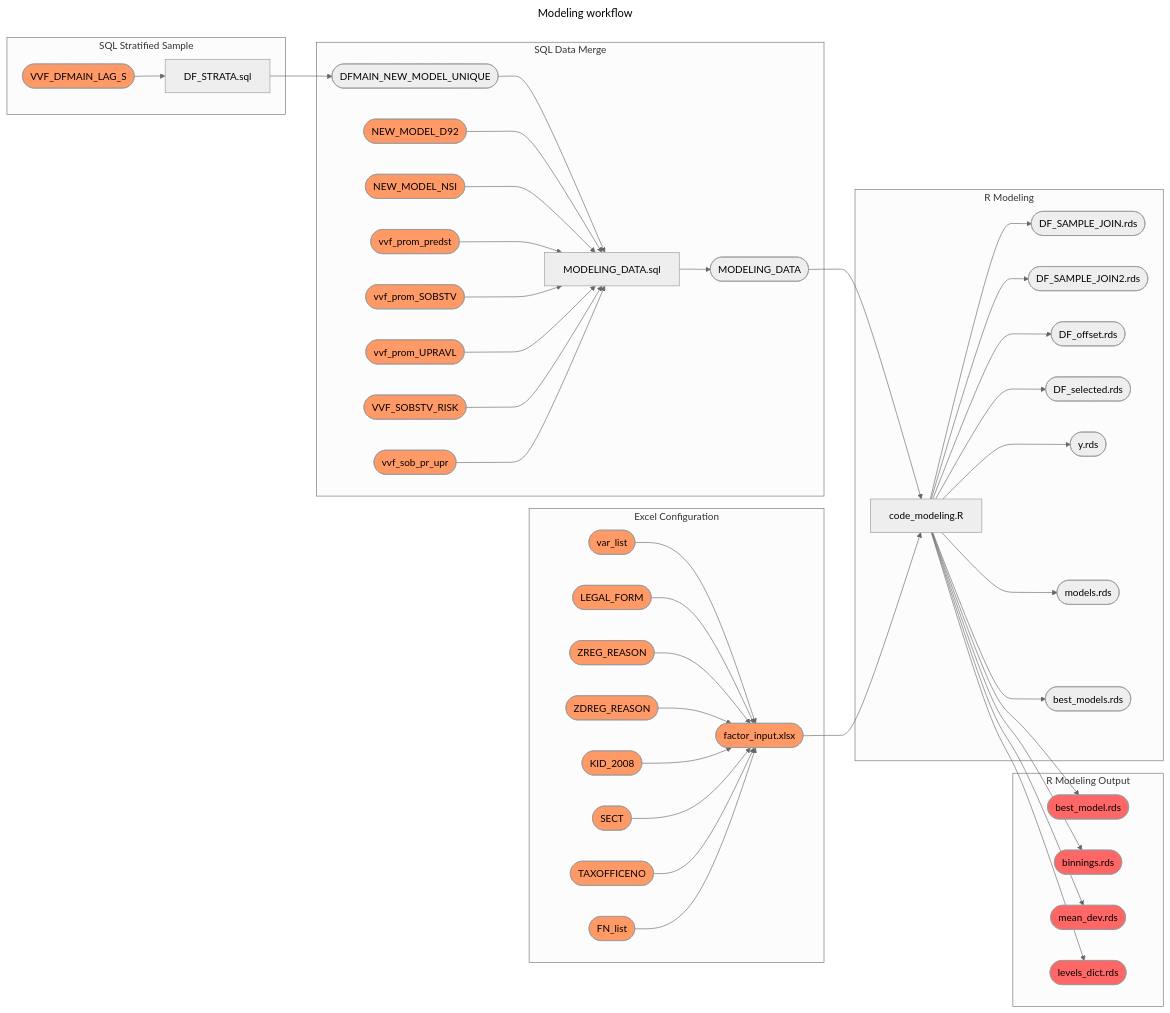
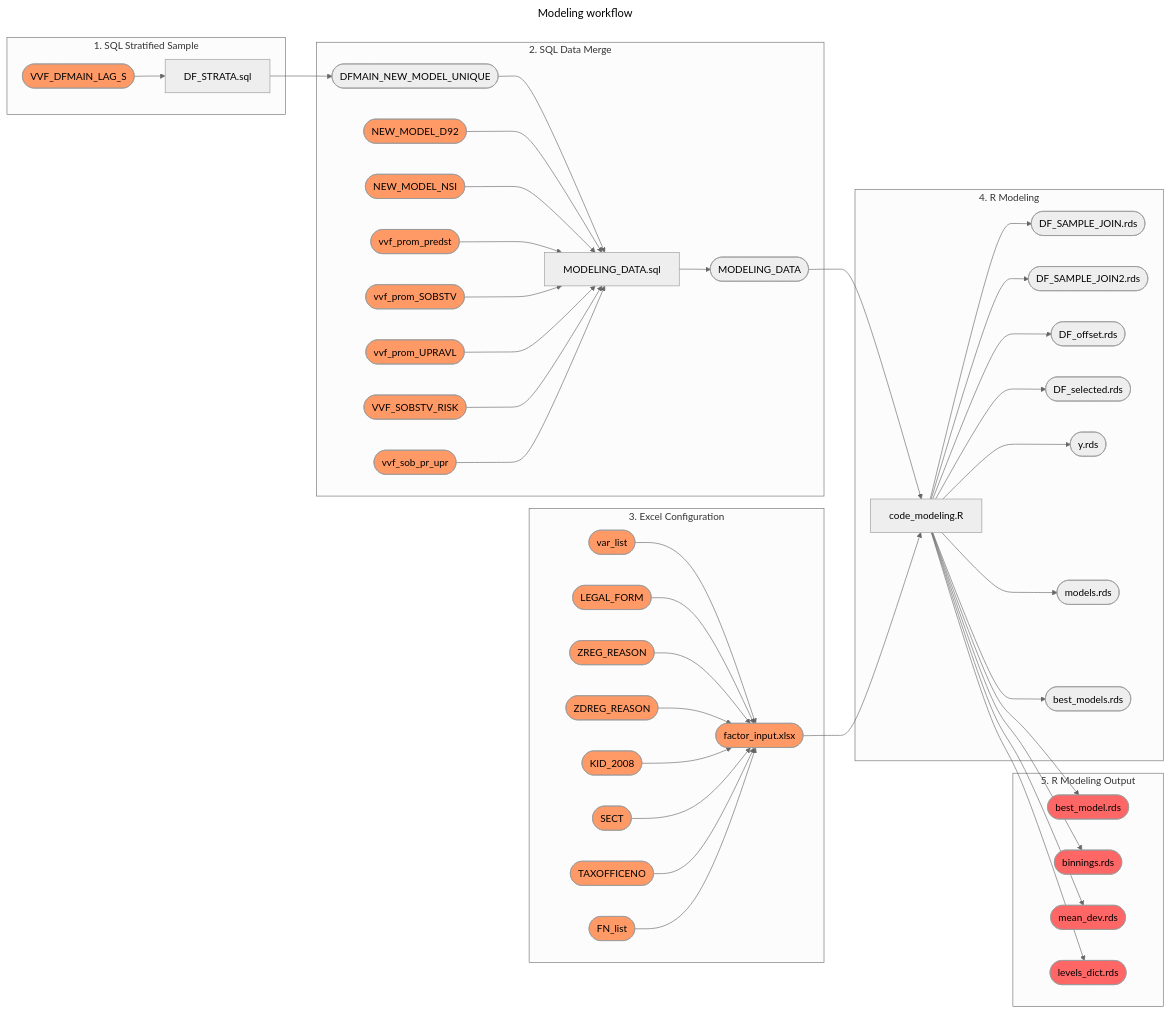
Before and after one commit to angel-marchev/case-cold-start-modeling: the second of 3 diagrams in user-manual.md, drawn with Mermaid (neutral theme). The commit also changed other lines of this file, not shown here.

````diff
--- a/user-manual.md
+++ b/user-manual.md
@@ -1,61 +14,61 @@
 ```mermaid
 ---
 title: Modeling workflow
 ---
 flowchart LR;
 
-subgraph sql_stratified["SQL Stratified Sample"]
+subgraph sql_stratified["1. SQL Stratified Sample"];
     input_data([VVF_DFMAIN_LAG_S])-->strata[DF_STRATA.sql];
     class input_data,dekl92,gfo,flag_predst,flag_sobst,flag_uprav,flag_sobst_risk,flag_promeni ToBePrapared;
     classDef ToBePrapared fill:#f96;  
 end
 
-subgraph sql_modeling["SQL Data Merge"]
+subgraph sql_modeling["2. SQL Data Merge"];
     strata[DF_STRATA.sql]-->strata_table([DFMAIN_NEW_MODEL_UNIQUE]);
     strata_table([DFMAIN_NEW_MODEL_UNIQUE])-->modeling[MODELING_DATA.sql];
     dekl92([NEW_MODEL_D92])-->modeling[MODELING_DATA.sql];
     gfo([NEW_MODEL_NSI])-->modeling[MODELING_DATA.sql];
     flag_predst([vvf_prom_predst])-->modeling[MODELING_DATA.sql];
     flag_sobst([vvf_prom_SOBSTV])-->modeling[MODELING_DATA.sql];
     flag_uprav([vvf_prom_UPRAVL])-->modeling[MODELING_DATA.sql];
     flag_sobst_risk([VVF_SOBSTV_RISK])-->modeling[MODELING_DATA.sql];
     flag_promeni([vvf_sob_pr_upr])-->modeling[MODELING_DATA.sql];
     modeling[MODELING_DATA.sql]-->modeling_table([MODELING_DATA]);
     class input_data,dekl92,gfo,flag_predst,flag_sobst,flag_uprav,flag_sobst_risk,flag_promeni ToBePrapared;
     classDef ToBePrapared fill:#f96;  
 end
 
-subgraph excel_input["Excel Configuration"]
+subgraph excel_input["3. Excel Configuration"];
     var_list([var_list])-->user_input_model([factor_input.xlsx]);
     legal_form([LEGAL_FORM])-->user_input_model([factor_input.xlsx]);
     zreg_reason([ZREG_REASON])-->user_input_model([factor_input.xlsx]);
     zdreg_reason([ZDREG_REASON])-->user_input_model([factor_input.xlsx]);
     kid_2008([KID_2008])-->user_input_model([factor_input.xlsx]);
     sect([SECT])-->user_input_model([factor_input.xlsx]);
     taxofficeno([TAXOFFICENO])-->user_input_model([factor_input.xlsx]);
     fn_list([FN_list])-->user_input_model([factor_input.xlsx]);
     class var_list,legal_form,zreg_reason,zdreg_reason,kid_2008,sect,taxofficeno,fn_list,user_input_model ToBePrapared;
     classDef ToBePrapared fill:#f96;
 end
 
-subgraph R_modeling["R Modeling"]
+subgraph R_modeling["4. R Modeling"];
     modeling_table([MODELING_DATA])-->r_model[code_modeling.R];
     user_input_model([factor_input.xlsx])-->r_model[code_modeling.R];
     r_model[code_modeling.R]-->output1([DF_SAMPLE_JOIN.rds]);
     r_model[code_modeling.R]-->output2([DF_SAMPLE_JOIN2.rds]);
     r_model[code_modeling.R]-->output3([DF_offset.rds]);
     r_model[code_modeling.R]-->output4([DF_selected.rds]);
     r_model[code_modeling.R]-->output5([y.rds]);
     r_model[code_modeling.R]-->output6([models.rds]);
     r_model[code_modeling.R]-->output7([best_models.rds]);
 end
 
-subgraph R_modeling_output["R Modeling Output"]
+subgraph R_modeling_output["5. R Modeling Output"];
     r_model[code_modeling.R]-->best_model([best_model.rds]);
     r_model[code_modeling.R]-->binnings([binnings.rds]);
     r_model[code_modeling.R]-->mean_dev([mean_dev.rds]);
     r_model[code_modeling.R]-->levels_dict([levels_dict.rds]);
     class best_model,binnings,mean_dev,levels_dict ToBeUsed;
     classDef ToBeUsed fill:#f66;
 end
 ```
````
